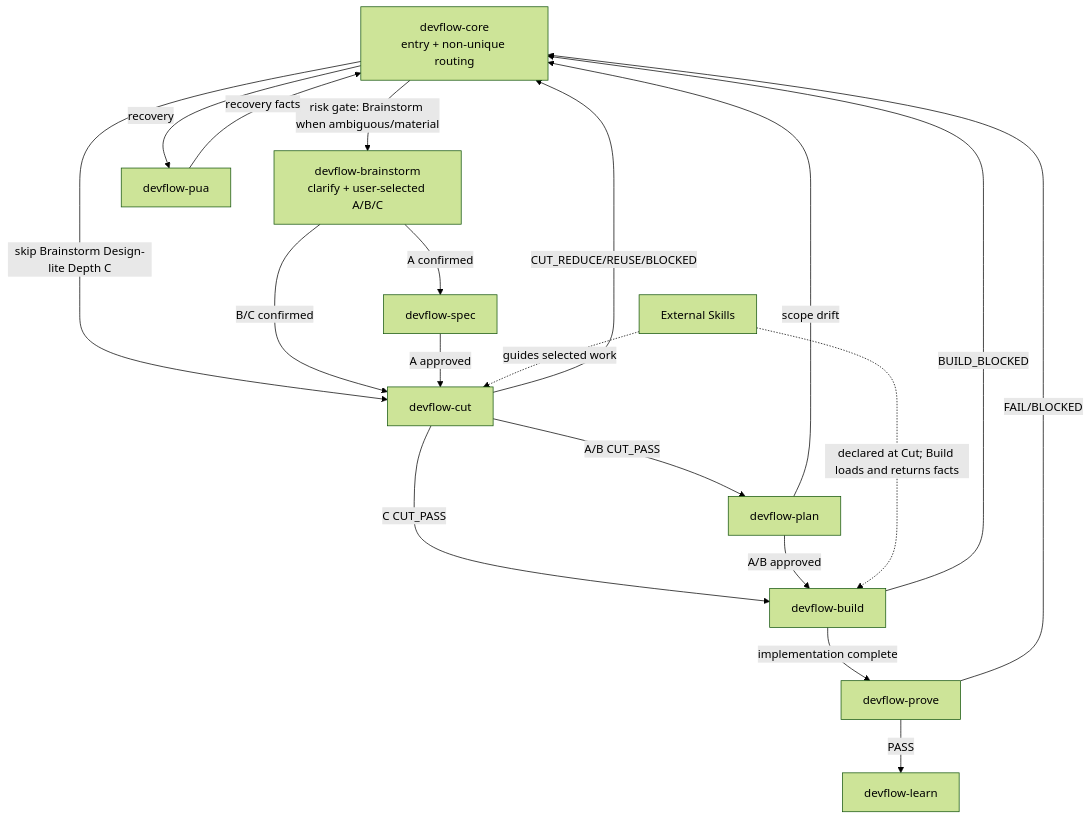
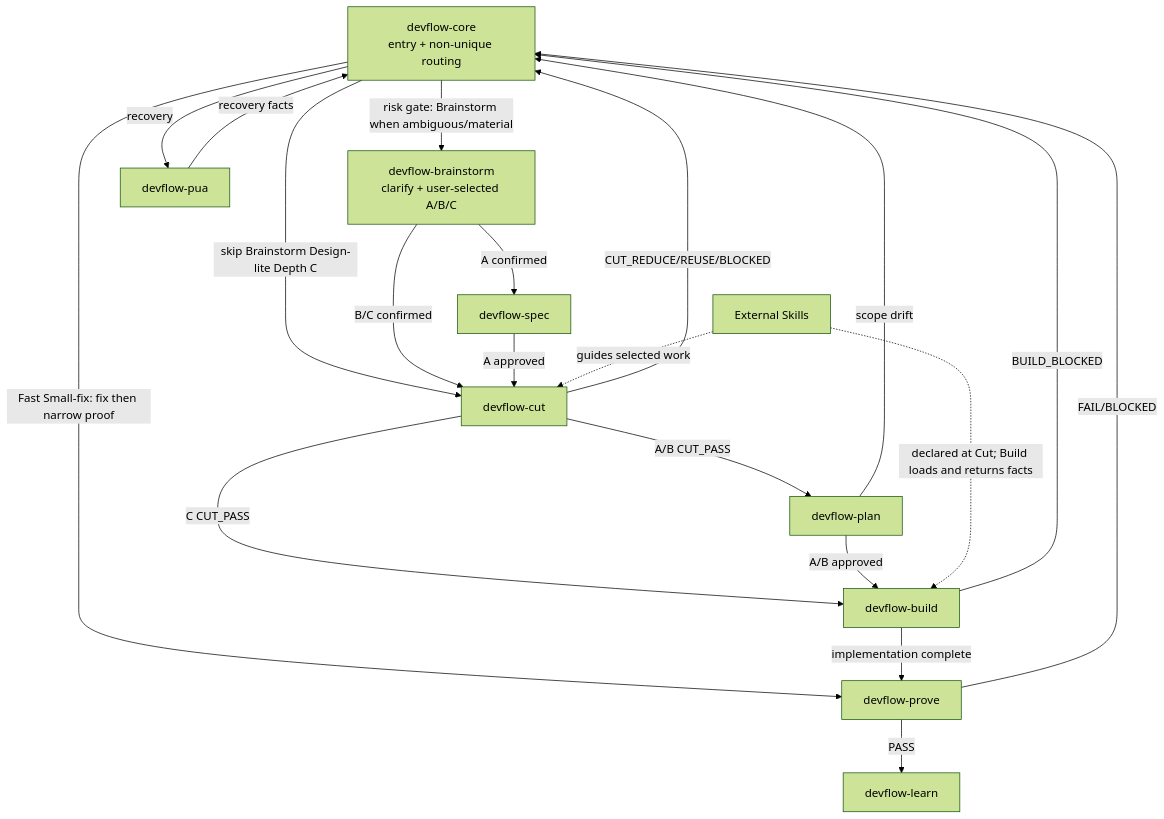
Before and after one commit to huangwen-changdu/DevFlow-Core: the diagram in skills/skill-call-diagram.md, drawn with Mermaid (forest theme). The commit also changed other lines of this file and 46 other files, not shown here.

First line of the commit message:
feat: add Fast Small-fix lane with mechanical gate and tiered proof

````diff
--- a/skills/skill-call-diagram.md
+++ b/skills/skill-call-diagram.md
@@ -3,33 +3,34 @@
 ```mermaid
 graph TD
     CORE["devflow-core<br/>entry + non-unique routing"]
     BRAIN["devflow-brainstorm<br/>clarify + user-selected A/B/C"]
     SPEC["devflow-spec"]
     CUT["devflow-cut"]
     PLAN["devflow-plan"]
     BUILD["devflow-build"]
     PROVE["devflow-prove"]
     PUA["devflow-pua"]
     LEARN["devflow-learn"]
     EXT["External Skills"]
 
     CORE -->|"risk gate: Brainstorm when ambiguous/material"| BRAIN
+    CORE -->|"Fast Small-fix: fix then narrow proof"| PROVE
     CORE -->|"skip Brainstorm Design-lite Depth C"| CUT
     BRAIN -->|"A confirmed"| SPEC
     BRAIN -->|"B/C confirmed"| CUT
     SPEC -->|"A approved"| CUT
     CUT -->|"A/B CUT_PASS"| PLAN
     CUT -->|"C CUT_PASS"| BUILD
     PLAN -->|"A/B approved"| BUILD
     BUILD -->|"implementation complete"| PROVE
     PROVE -->|"PASS"| LEARN
 
     CUT -->|"CUT_REDUCE/REUSE/BLOCKED"| CORE
     PLAN -->|"scope drift"| CORE
     BUILD -->|"BUILD_BLOCKED"| CORE
     PROVE -->|"FAIL/BLOCKED"| CORE
     PUA -->|"recovery facts"| CORE
     CORE -->|"recovery"| PUA
     EXT -.->|"guides selected work"| CUT
     EXT -.->|"declared at Cut; Build loads and returns facts"| BUILD
 ```
````
